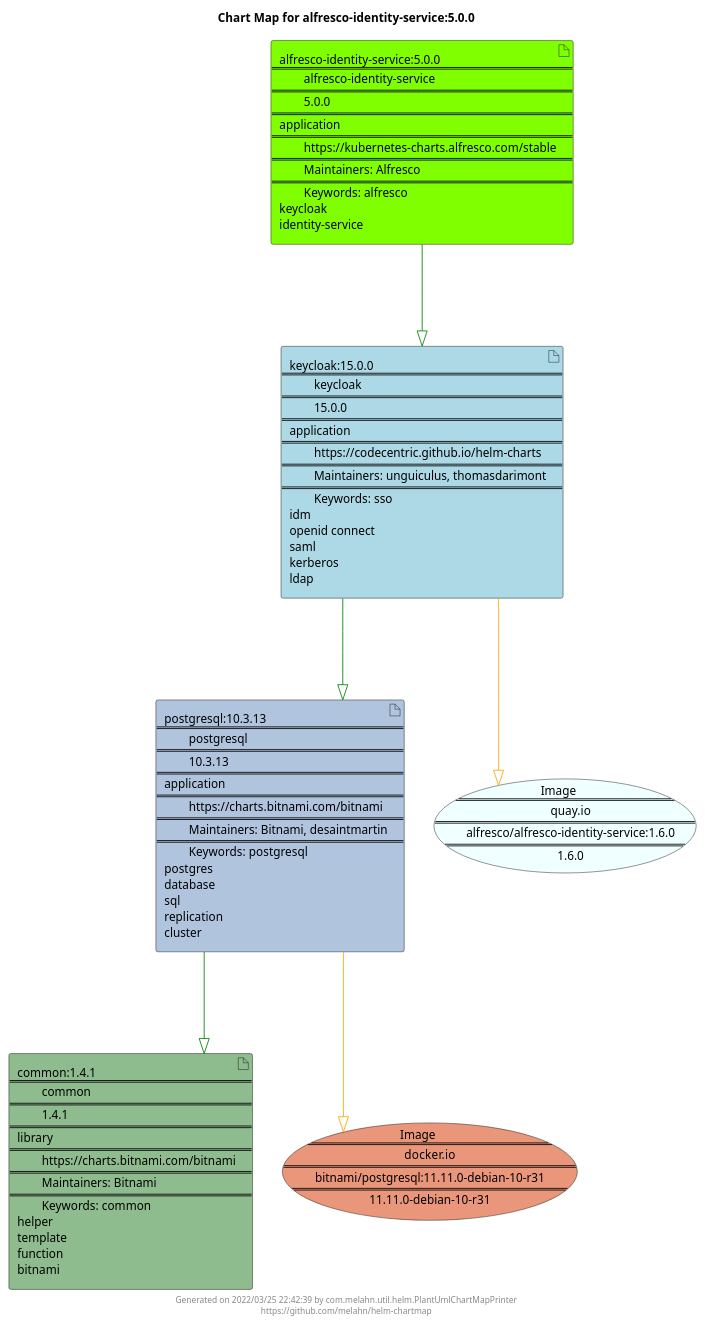
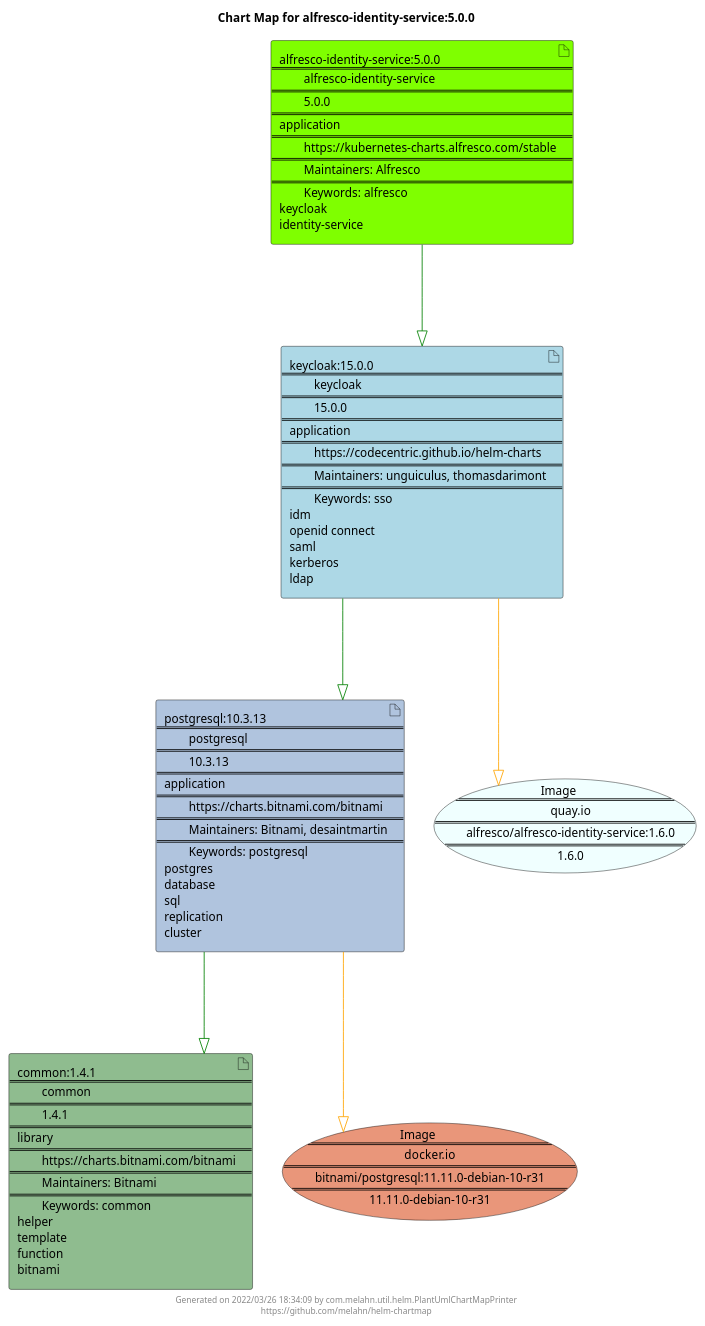
The diagram in docs/alfresco-identity-service/alfresco-identity-service-5.0.0.puml (melahn/helm-chartmap), drawn with PlantUML before and after one commit. The commit also changed 55 other files, not shown here.

Commit message:
Update Example Chart Maps as part of GitHub build

```diff
--- a/docs/alfresco-identity-service/alfresco-identity-service-5.0.0.puml
+++ b/docs/alfresco-identity-service/alfresco-identity-service-5.0.0.puml
@@ -1,29 +1,29 @@
 @startuml
 skinparam linetype ortho
 skinparam backgroundColor white
 skinparam usecaseBorderColor black
 skinparam usecaseArrowColor LightSlateGray
 skinparam artifactBorderColor black
 skinparam artifactArrowColor LightSlateGray
 
 title Chart Map for alfresco-identity-service:5.0.0
 
 'There are 4 referenced Helm Charts
 artifact "common:1.4.1\n====\n\tcommon\n====\n\t1.4.1\n====\nlibrary\n====\n\thttps://charts.bitnami.com/bitnami\n====\n\tMaintainers: Bitnami\n====\n\tKeywords: common\nhelper\ntemplate\nfunction\nbitnami" as common_1_4_1 #DarkSeaGreen
 artifact "alfresco-identity-service:5.0.0\n====\n\talfresco-identity-service\n====\n\t5.0.0\n====\napplication\n====\n\thttps://kubernetes-charts.alfresco.com/stable\n====\n\tMaintainers: Alfresco\n====\n\tKeywords: alfresco\nkeycloak\nidentity-service" as alfresco_identity_service_5_0_0 #Chartreuse
 artifact "postgresql:10.3.13\n====\n\tpostgresql\n====\n\t10.3.13\n====\napplication\n====\n\thttps://charts.bitnami.com/bitnami\n====\n\tMaintainers: Bitnami, desaintmartin\n====\n\tKeywords: postgresql\npostgres\ndatabase\nsql\nreplication\ncluster" as postgresql_10_3_13 #LightSteelBlue
 artifact "keycloak:15.0.0\n====\n\tkeycloak\n====\n\t15.0.0\n====\napplication\n====\n\thttps://codecentric.github.io/helm-charts\n====\n\tMaintainers: unguiculus, thomasdarimont\n====\n\tKeywords: sso\nidm\nopenid connect\nsaml\nkerberos\nldap" as keycloak_15_0_0 #LightBlue
 
 'There are 2 referenced Docker Images
 usecase "Image\n====\n\tquay.io\n====\n\talfresco/alfresco-identity-service:1.6.0\n====\n\t1.6.0" as quay_io_alfresco_alfresco_identity_service_1_6_0 #Azure
 usecase "Image\n====\n\tdocker.io\n====\n\tbitnami/postgresql:11.11.0-debian-10-r31\n====\n\t11.11.0-debian-10-r31" as docker_io_bitnami_postgresql_11_11_0_debian_10_r31 #DarkSalmon
 
 'Chart Dependencies
 alfresco_identity_service_5_0_0--[#green]-|>keycloak_15_0_0
 keycloak_15_0_0--[#green]-|>postgresql_10_3_13
 postgresql_10_3_13--[#green]-|>common_1_4_1
 postgresql_10_3_13--[#orange]-|>docker_io_bitnami_postgresql_11_11_0_debian_10_r31
 keycloak_15_0_0--[#orange]-|>quay_io_alfresco_alfresco_identity_service_1_6_0
 
-center footer Generated on 2022/03/25 22:42:39 by com.melahn.util.helm.PlantUmlChartMapPrinter\nhttps://github.com/melahn/helm-chartmap
+center footer Generated on 2022/03/26 18:34:09 by com.melahn.util.helm.PlantUmlChartMapPrinter\nhttps://github.com/melahn/helm-chartmap
 @enduml
```
